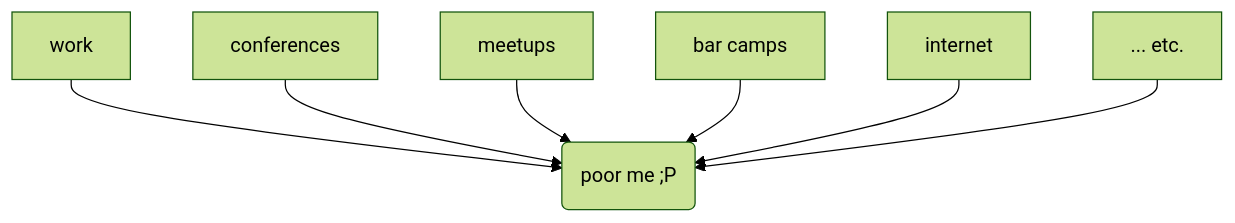
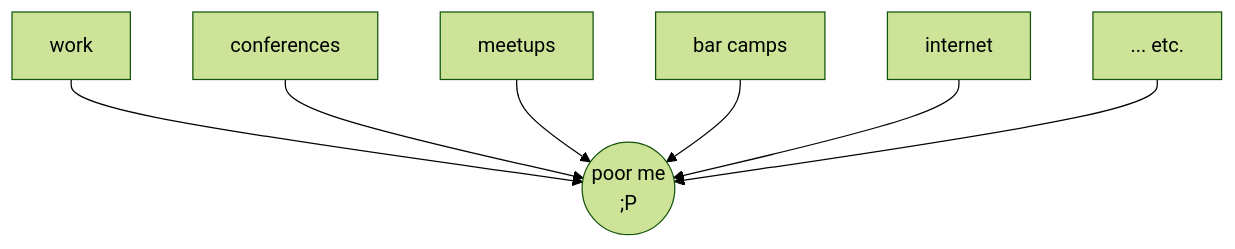
One commit to sourcefranke/learning-logs-presentation changed the diagram in pages/issue.md. Above: the diagram before and after it, drawn with Mermaid (forest theme). The commit also changed 7 other files, not shown here.

````diff
--- a/pages/issue.md
+++ b/pages/issue.md
@@ -10,9 +10,9 @@
 ```mermaid {scale: 1.2}
 flowchart TD
-    work --> me(poor me ;P)
+    work --> me((poor me\n;P))
     conferences --> me
     meetups --> me
     bc[bar camps] --> me
     internet --> me
     etc[... etc.] --> me
 ```
````
